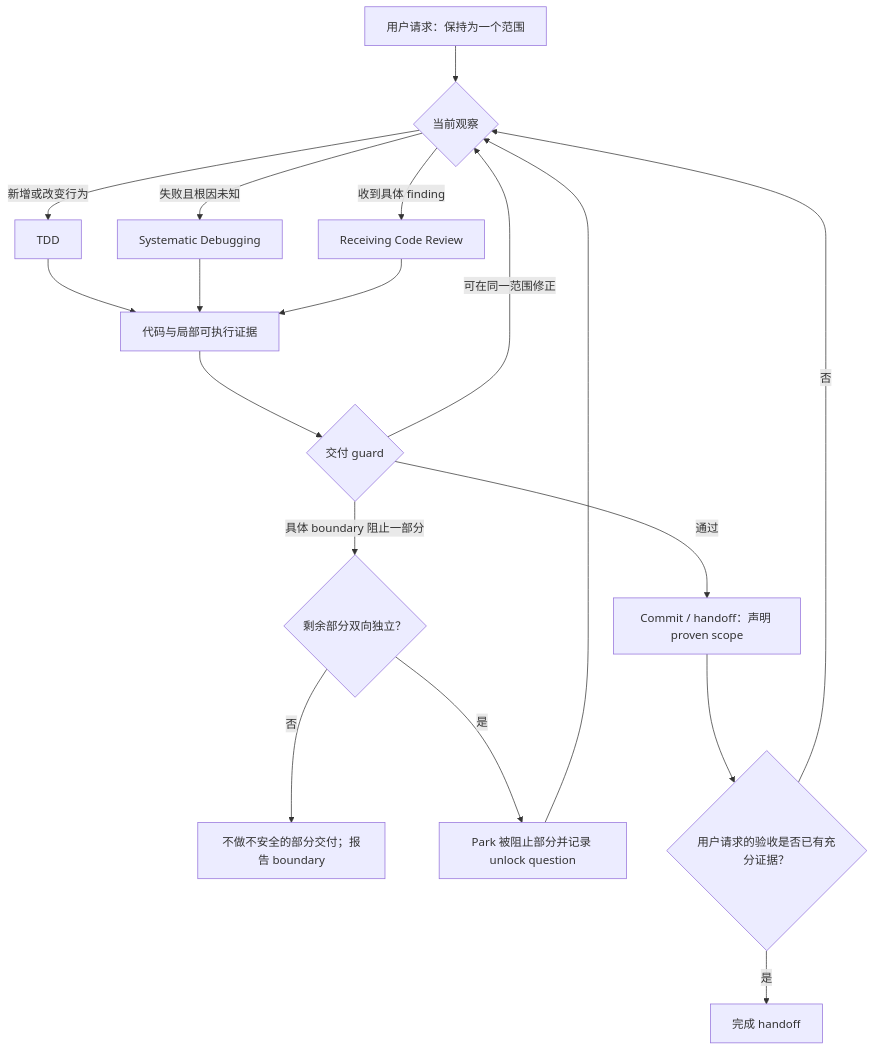
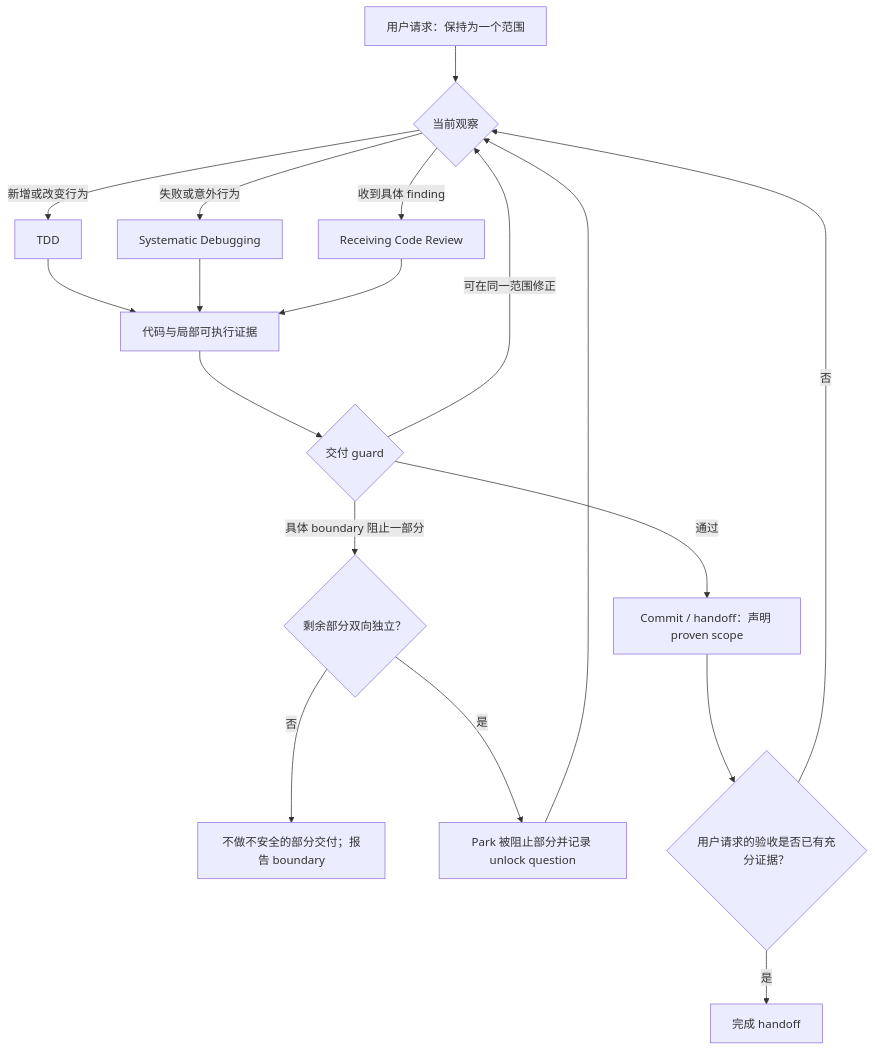
The first of 2 diagrams in DESIGN.md (mapleluvr/Ockle), drawn with Mermaid before and after one commit. The commit also changed other lines of this file and 6 other files, not shown here.

Commit message:
feat: refine review reception and systematic debugging

````diff
--- a/DESIGN.md
+++ b/DESIGN.md
@@ -339,25 +343,25 @@
 ```mermaid
 flowchart TD
     U["用户请求：保持为一个范围"] --> O{"当前观察"}
 
     O -->|新增或改变行为| T["TDD"]
-    O -->|失败且根因未知| D["Systematic Debugging"]
+    O -->|失败或意外行为| D["Systematic Debugging"]
     O -->|收到具体 finding| R["Receiving Code Review"]
 
     T --> W["代码与局部可执行证据"]
     D --> W
     R --> W
 
     W --> G{"交付 guard"}
     G -->|通过| H["Commit / handoff：声明 proven scope"]
     G -->|可在同一范围修正| O
     G -->|具体 boundary 阻止一部分| I{"剩余部分双向独立？"}
 
     I -->|否| X["不做不安全的部分交付；报告 boundary"]
     I -->|是| P["Park 被阻止部分并记录 unlock question"]
     P --> O
 
     H --> A{"用户请求的验收是否已有充分证据？"}
     A -->|否| O
     A -->|是| C["完成 handoff"]
 ```
````
